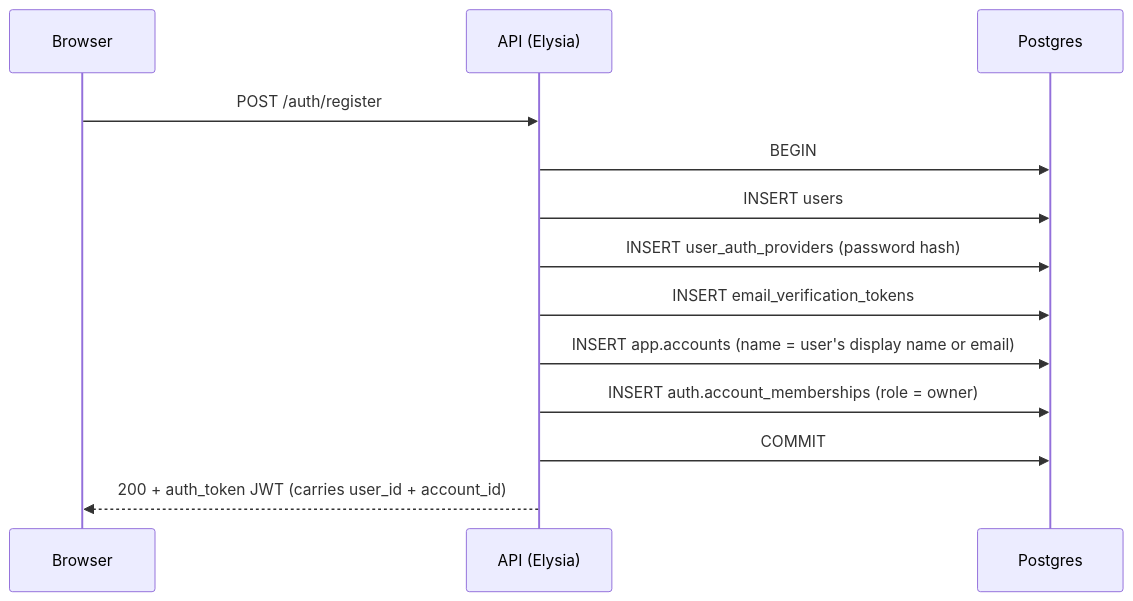
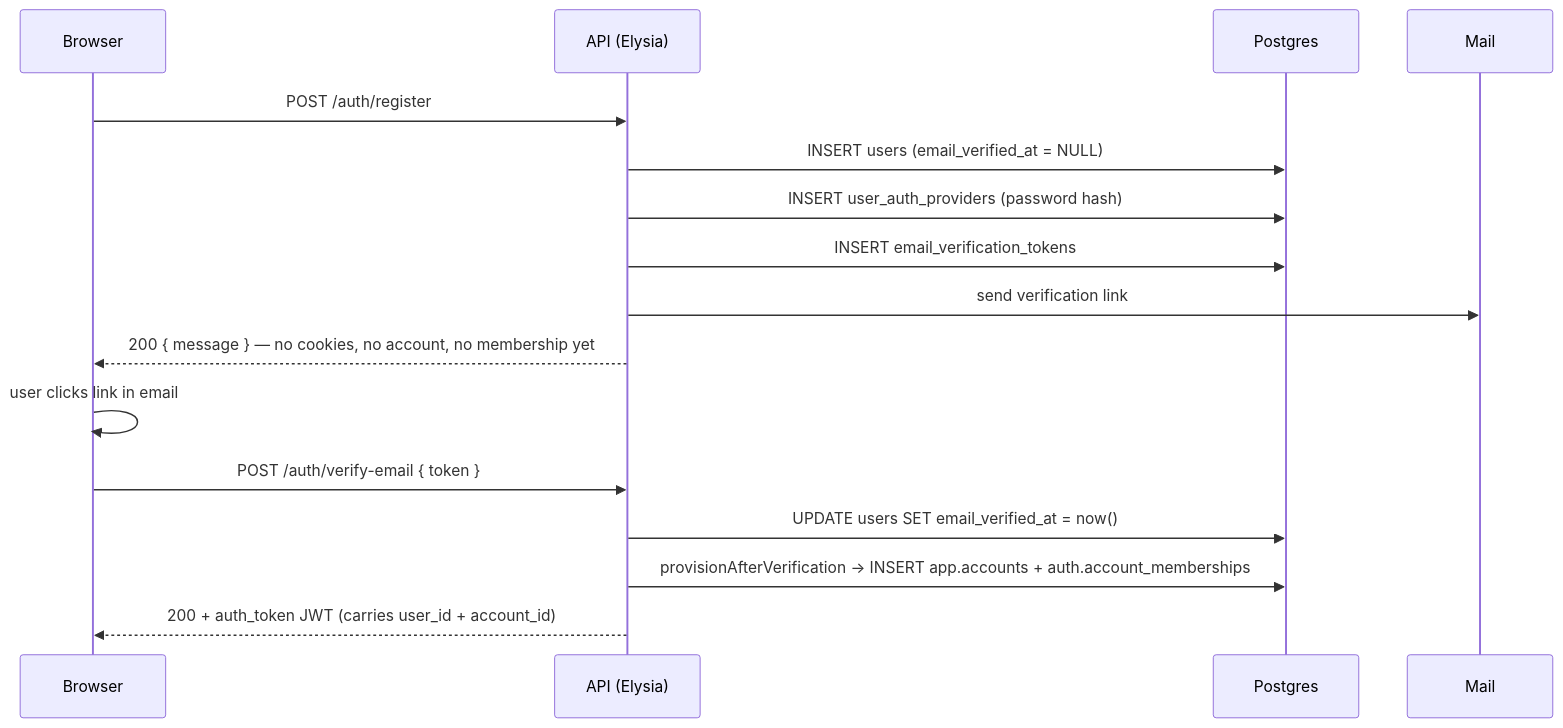
One commit to AI-Starter-Templates/.github changed the first of 2 diagrams in src/content/docs/api/multi-tenant.mdx. Above: the diagram before and after it, drawn with Mermaid. The commit also changed other lines of this file and 3 other files, not shown here.

````diff
--- a/src/content/docs/api/multi-tenant.mdx
+++ b/src/content/docs/api/multi-tenant.mdx
@@ -25,15 +27,18 @@
 ```mermaid
 sequenceDiagram
   participant B as Browser
   participant API as API (Elysia)
   participant DB as Postgres
+  participant Mail
   B->>API: POST /auth/register
-  API->>DB: BEGIN
-  API->>DB: INSERT users
+  API->>DB: INSERT users (email_verified_at = NULL)
   API->>DB: INSERT user_auth_providers (password hash)
   API->>DB: INSERT email_verification_tokens
-  API->>DB: INSERT app.accounts (name = user's display name or email)
-  API->>DB: INSERT auth.account_memberships (role = owner)
-  API->>DB: COMMIT
+  API->>Mail: send verification link
+  API-->>B: 200 { message } — no cookies, no account, no membership yet
+  B->>B: user clicks link in email
+  B->>API: POST /auth/verify-email { token }
+  API->>DB: UPDATE users SET email_verified_at = now()
+  API->>DB: provisionAfterVerification → INSERT app.accounts + auth.account_memberships
   API-->>B: 200 + auth_token JWT (carries user_id + account_id)
 ```
````
